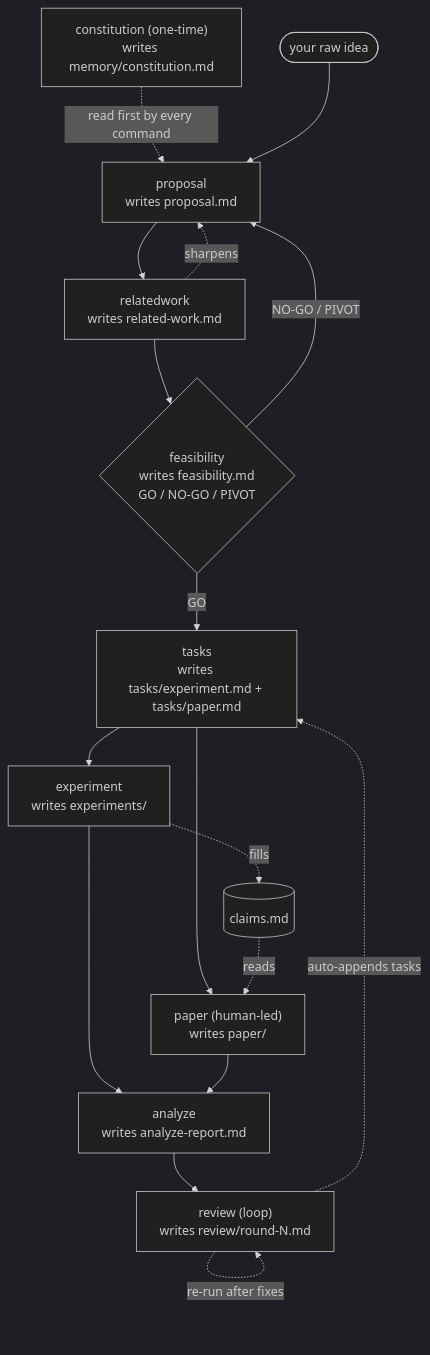
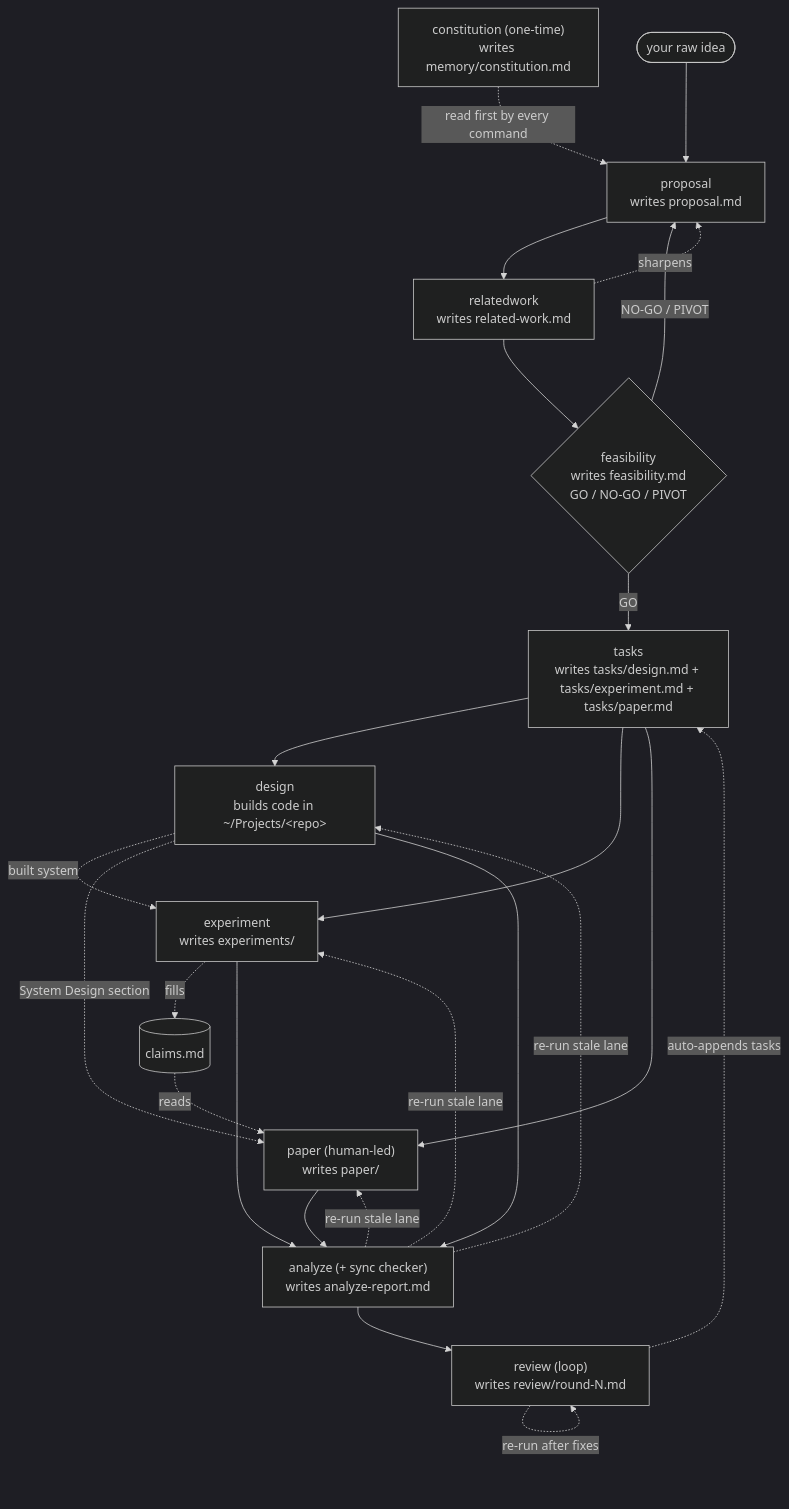
The diagram in docs/workflow.md (jiancui-research/research-kit), drawn with Mermaid (dark theme) before and after one commit. The commit also changed other lines of this file and 11 other files, not shown here.

First line of the commit message:
design lane: add /research.design (build), make experiment evaluation-only, analyze as sync checker

````diff
--- a/docs/workflow.md
+++ b/docs/workflow.md
@@ -7,31 +7,39 @@
 ```mermaid
 flowchart TD
     C["constitution (one-time)<br/>writes memory/constitution.md"]
     I(["your raw idea"])
     P["proposal<br/>writes proposal.md"]
     RW["relatedwork<br/>writes related-work.md"]
     F{"feasibility<br/>writes feasibility.md<br/>GO / NO-GO / PIVOT"}
-    T["tasks<br/>writes tasks/experiment.md + tasks/paper.md"]
+    T["tasks<br/>writes tasks/design.md + tasks/experiment.md + tasks/paper.md"]
+    D["design<br/>builds code in ~/Projects/&lt;repo&gt;"]
     E["experiment<br/>writes experiments/"]
     PA["paper (human-led)<br/>writes paper/"]
-    AN["analyze<br/>writes analyze-report.md"]
+    AN["analyze (+ sync checker)<br/>writes analyze-report.md"]
     RV["review (loop)<br/>writes review/round-N.md"]
     CL[("claims.md")]
 
     C -.->|"read first by every command"| P
     I --> P
     P --> RW
     RW --> F
     RW -.->|"sharpens"| P
     F -->|"GO"| T
     F -->|"NO-GO / PIVOT"| P
+    T --> D
     T --> E
     T --> PA
+    D -.->|"built system"| E
+    D -.->|"System Design section"| PA
     E -.->|"fills"| CL
     CL -.->|"reads"| PA
+    D --> AN
     E --> AN
     PA --> AN
+    AN -.->|"re-run stale lane"| D
+    AN -.->|"re-run stale lane"| E
+    AN -.->|"re-run stale lane"| PA
     AN --> RV
     RV -.->|"auto-appends tasks"| T
     RV -.->|"re-run after fixes"| RV
 ```
````
